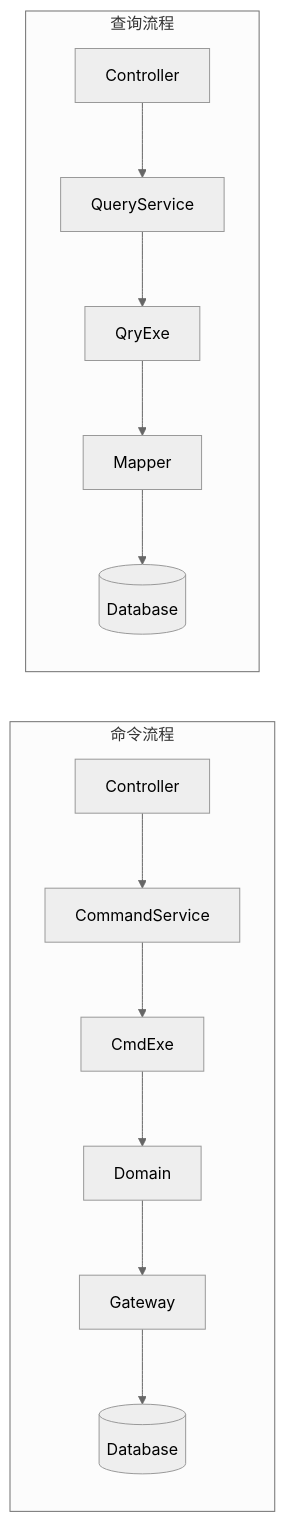
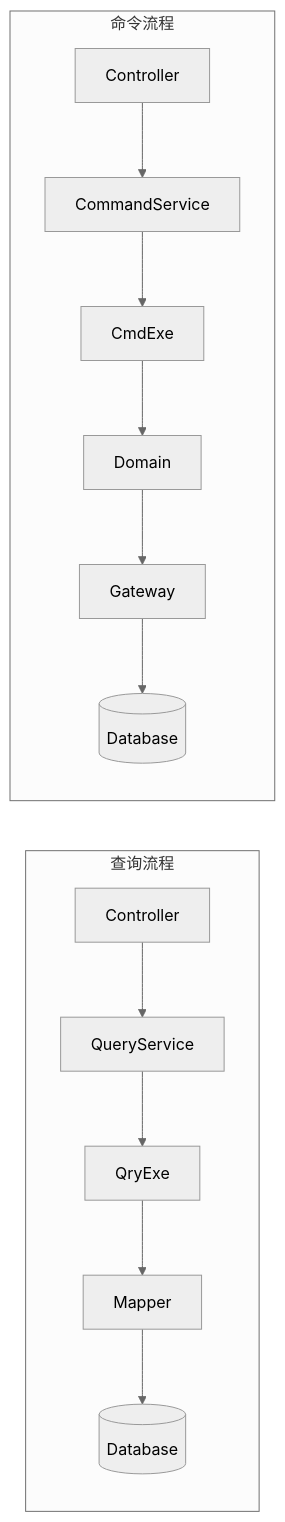
Before and after one commit to shiyindaxiaojie/eden-demo-cola: the seventh of 7 diagrams in README-zh-CN.md, drawn with Mermaid (neutral theme). The commit also changed other lines of this file and 43 other files, not shown here.

````diff
--- a/README-zh-CN.md
+++ b/README-zh-CN.md
@@ -576,17 +597,14 @@
 ```mermaid
-flowchart LR
+flowchart TB
     subgraph 命令流程
-        C1[Controller] --> C2[CommandService]
-        C2 --> C3[CmdExe]
-        C3 --> C4[Domain]
-        C4 --> C5[Gateway]
-        C5 --> C6[(Database)]
+        direction TB
+        C1[Controller] --> C2[CommandService] --> C3[CmdExe] --> C4[Domain] --> C5[Gateway] --> C6[(Database)]
     end
     
     subgraph 查询流程
-        Q1[Controller] --> Q2[QueryService]
-        Q2 --> Q3[QryExe]
-        Q3 --> Q4[Mapper]
-        Q4 --> Q5[(Database)]
+        direction TB
+        Q1[Controller] --> Q2[QueryService] --> Q3[QryExe] --> Q4[Mapper] --> Q5[(Database)]
     end
+    
+    命令流程 ~~~ 查询流程
 ```
````
